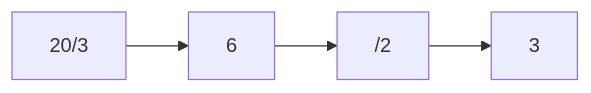
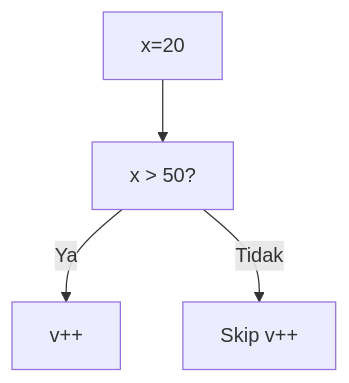
Before and after one commit to amnahwaida/OSNK_INF_PREP: diagram 11 of 25 in part-c-pemahaman-cpp/02-percabangan/latihan/set-08.md, drawn with Mermaid. The commit also changed other lines of this file and 71 other files, not shown here.

````diff
--- a/part-c-pemahaman-cpp/02-percabangan/latihan/set-08.md
+++ b/part-c-pemahaman-cpp/02-percabangan/latihan/set-08.md
@@ -437,6 +302,6 @@
 ```mermaid
-graph LR
-A["20/3"] --> B["6"]
-B --> C["/2"]
-C --> D["3"]
+graph TD
+A["x=20"] --> B["x > 50?"]
+B -- Ya --> C["v++"]
+B -- Tidak --> D["Skip v++"]
 ```
````
